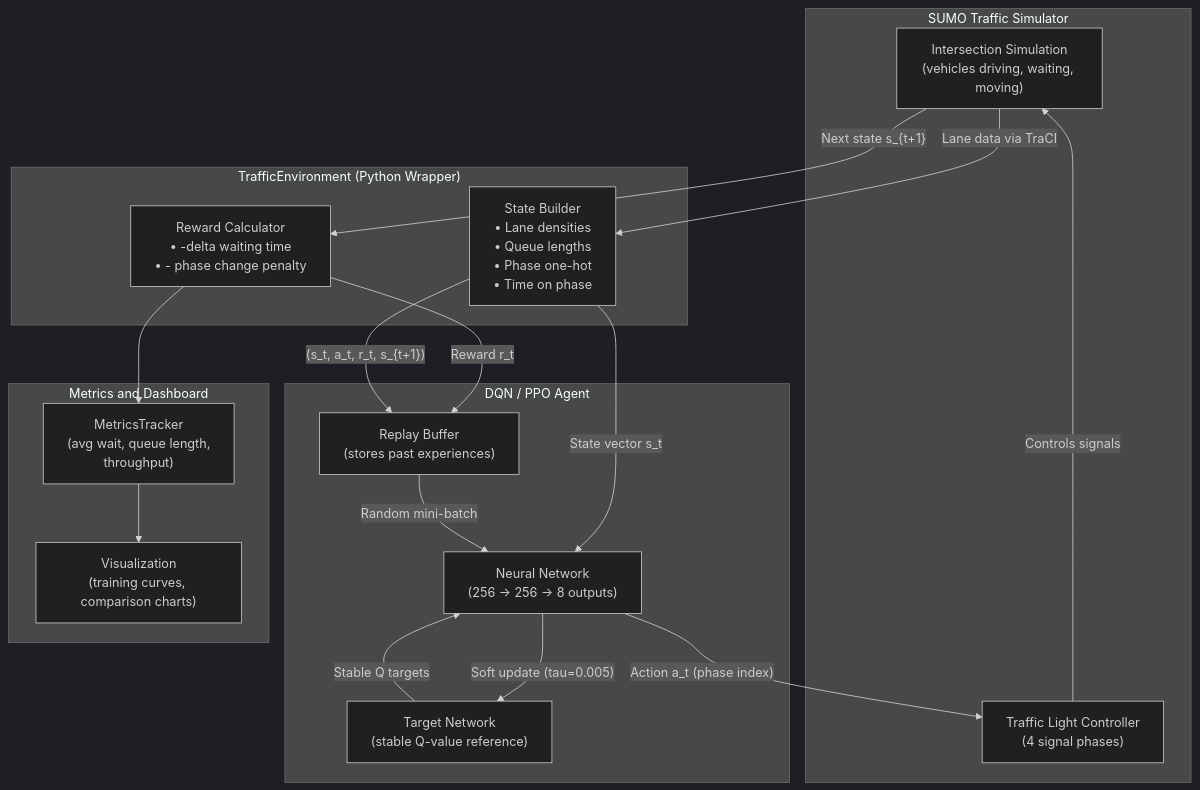
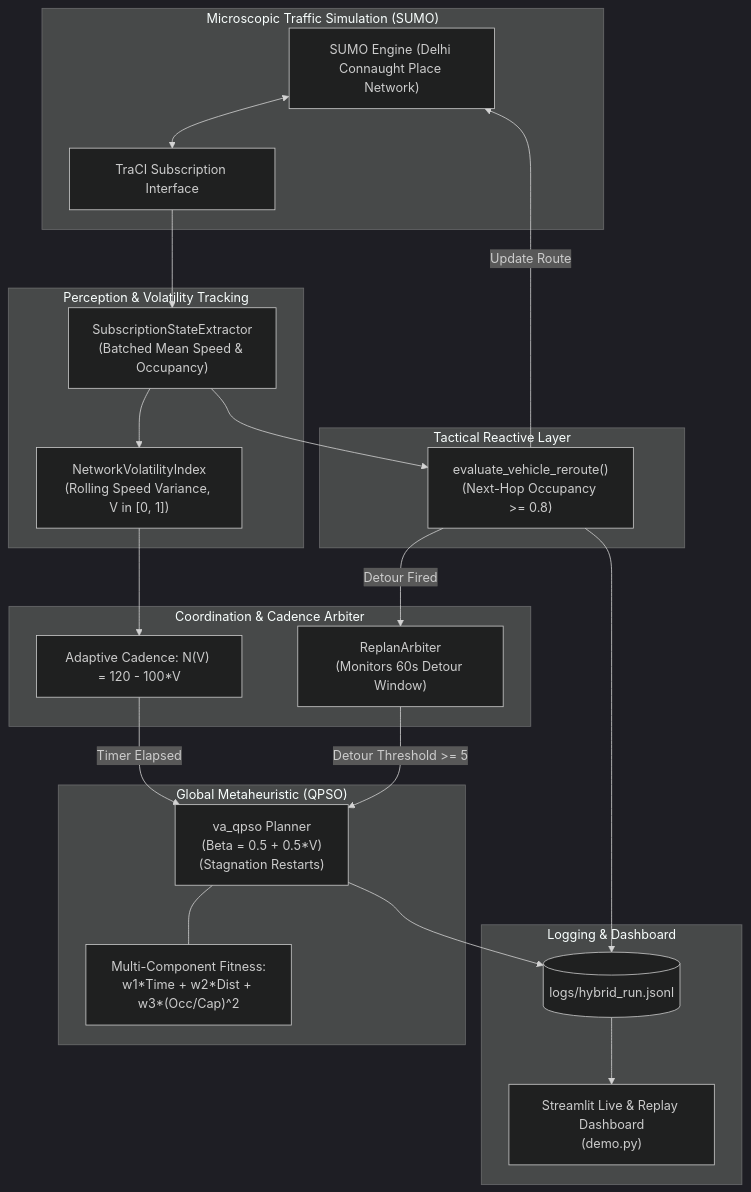
The first of 2 diagrams in README.md (HaRvEysPeCteR69/RLTrafficManagment), drawn with Mermaid (dark theme) before and after one commit. The commit also changed other lines of this file, not shown here.

Commit message:
docs: rewrite README to document the adaptive quantum-behaved route optimizer project

````diff
--- a/README.md
+++ b/README.md
@@ -118,36 +94,44 @@
 ```mermaid
 flowchart TD
-    subgraph SUMO["SUMO Traffic Simulator"]
-        SIM["Intersection Simulation\n(vehicles driving, waiting, moving)"]
-        TL["Traffic Light Controller\n(4 signal phases)"]
+    subgraph Simulation_Environment ["Microscopic Traffic Simulation (SUMO)"]
+        SUMO["SUMO Engine (Delhi Connaught Place Network)"]
+        TraCI["TraCI Subscription Interface"]
+        SUMO <--> TraCI
     end
 
-    subgraph ENV["TrafficEnvironment (Python Wrapper)"]
-        STATE["State Builder\n• Lane densities\n• Queue lengths\n• Phase one-hot\n• Time on phase"]
-        REWARD["Reward Calculator\n• -delta waiting time\n• - phase change penalty"]
+    subgraph State_And_Volatility ["Perception & Volatility Tracking"]
+        Extractor["SubscriptionStateExtractor\n(Batched Mean Speed & Occupancy)"]
+        VolCalc["NetworkVolatilityIndex\n(Rolling Speed Variance, V in [0, 1])"]
+        TraCI --> Extractor
+        Extractor --> VolCalc
     end
 
-    subgraph AGENT["DQN / PPO Agent"]
-        NN["Neural Network\n(256 → 256 → 8 outputs)"]
-        REPLAY["Replay Buffer\n(stores past experiences)"]
-        TARGET["Target Network\n(stable Q-value reference)"]
+    subgraph Control_Arbiter ["Coordination & Cadence Arbiter"]
+        Cadence["Adaptive Cadence: N(V) = 120 - 100*V"]
+        Arbiter["ReplanArbiter\n(Monitors 60s Detour Window)"]
+        VolCalc --> Cadence
     end
 
-    subgraph METRICS["Metrics and Dashboard"]
-        TRACK["MetricsTracker\n(avg wait, queue length,\nthroughput)"]
-        PLOT["Visualization\n(training curves, comparison charts)"]
+    subgraph Route_Optimization ["Global Metaheuristic (QPSO)"]
+        QPSO["va_qpso Planner\n(Beta = 0.5 + 0.5*V)\n(Stagnation Restarts)"]
+        Objective["Multi-Component Fitness:\nw1*Time + w2*Dist + w3*(Occ/Cap)^2"]
+        Cadence -->|Timer Elapsed| QPSO
+        Arbiter -->|Detour Threshold >= 5| QPSO
+        QPSO --- Objective
     end
 
-    SIM -->|"Lane data via TraCI"| STATE
-    STATE -->|"State vector s_t"| NN
-    NN -->|"Action a_t (phase index)"| TL
-    TL -->|"Controls signals"| SIM
-    SIM -->|"Next state s_{t+1}"| REWARD
-    REWARD -->|"Reward r_t"| REPLAY
-    STATE -->|"(s_t, a_t, r_t, s_{t+1})"| REPLAY
-    REPLAY -->|"Random mini-batch"| NN
-    TARGET -->|"Stable Q targets"| NN
-    NN -->|"Soft update (tau=0.005)"| TARGET
-    REWARD --> TRACK
-    TRACK --> PLOT
+    subgraph Local_Detour ["Tactical Reactive Layer"]
+        Reactive["evaluate_vehicle_reroute()\n(Next-Hop Occupancy >= 0.8)"]
+        Extractor --> Reactive
+        Reactive -->|Detour Fired| Arbiter
+        Reactive -->|Update Route| SUMO
+    end
+
+    subgraph Telemetry ["Logging & Dashboard"]
+        Log[("logs/hybrid_run.jsonl")]
+        UI["Streamlit Live & Replay Dashboard\n(demo.py)"]
+        QPSO --> Log
+        Reactive --> Log
+        Log --> UI
+    end
 ```
````
